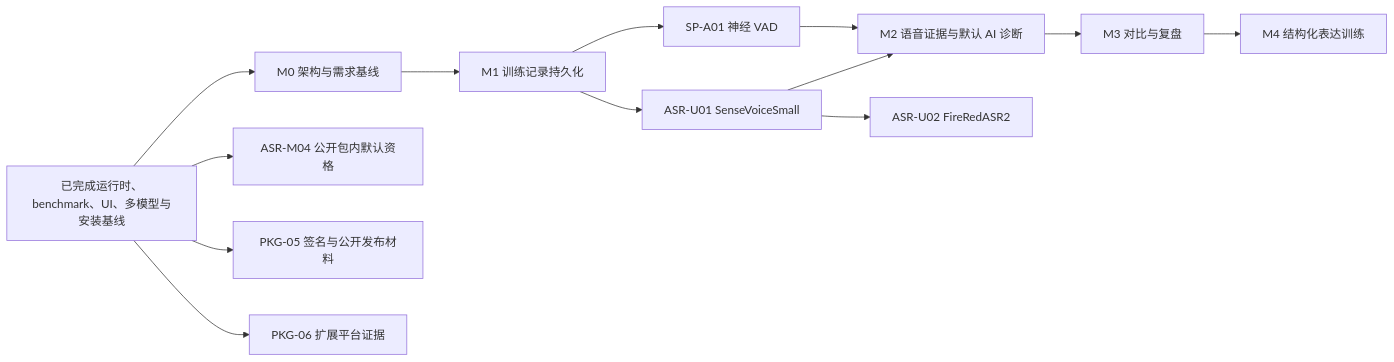
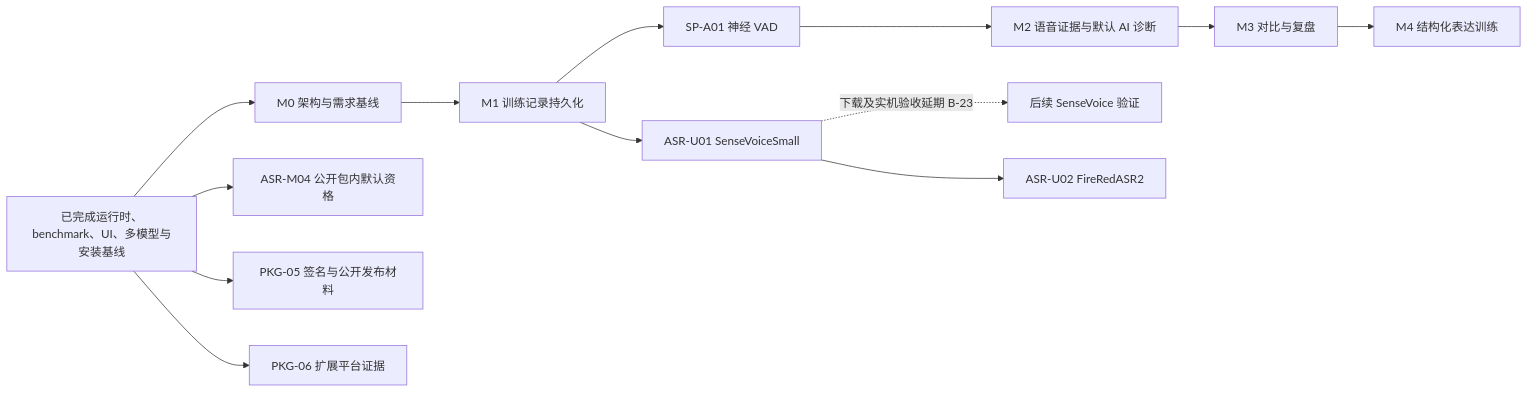
The diagram in docs/roadmap.md (morigejile/expression-trainer-pro), drawn with Mermaid before and after one commit. The commit also changed other lines of this file and 21 other files, not shown here.

````diff
--- a/docs/roadmap.md
+++ b/docs/roadmap.md
@@ -18,15 +18,15 @@
 ```mermaid
 flowchart LR
   B[已完成运行时、benchmark、UI、多模型与安装基线] --> M0[M0 架构与需求基线]
   M0 --> M1[M1 训练记录持久化]
   M1 --> V1[SP-A01 神经 VAD]
   M1 --> U1[ASR-U01 SenseVoiceSmall]
   V1 --> M2[M2 语音证据与默认 AI 诊断]
-  U1 --> M2
+  U1 -. 下载及实机验收延期 B-23 .-> U3[后续 SenseVoice 验证]
   M2 --> M3[M3 对比与复盘]
   M3 --> M4P[M4 结构化表达训练]
   B --> M4[ASR-M04 公开包内默认资格]
   B --> P5[PKG-05 签名与公开发布材料]
   B --> P6[PKG-06 扩展平台证据]
   U1 --> U2[ASR-U02 FireRedASR2]
 ```
````
